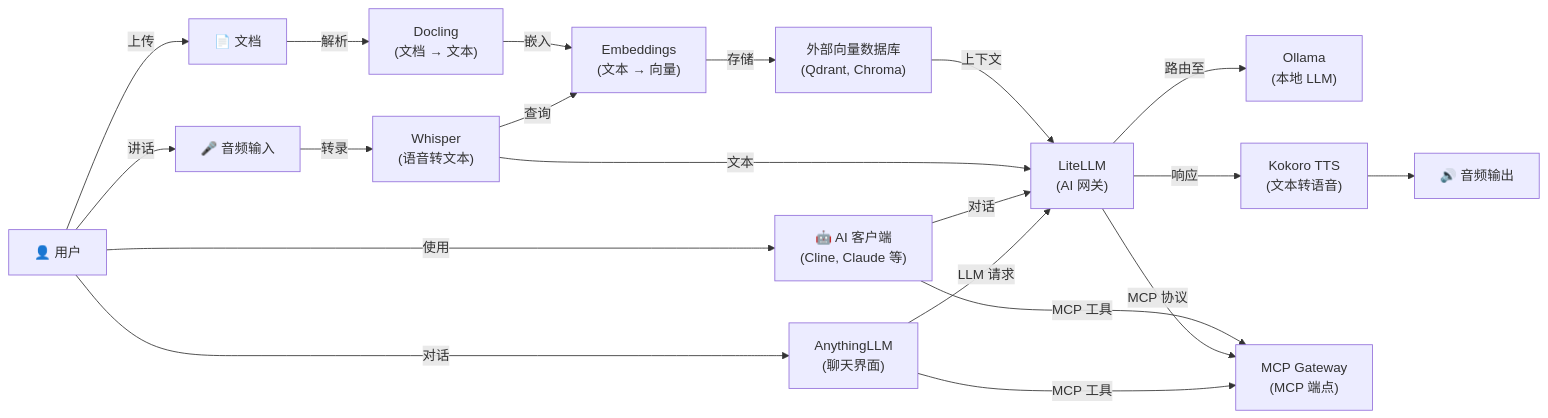
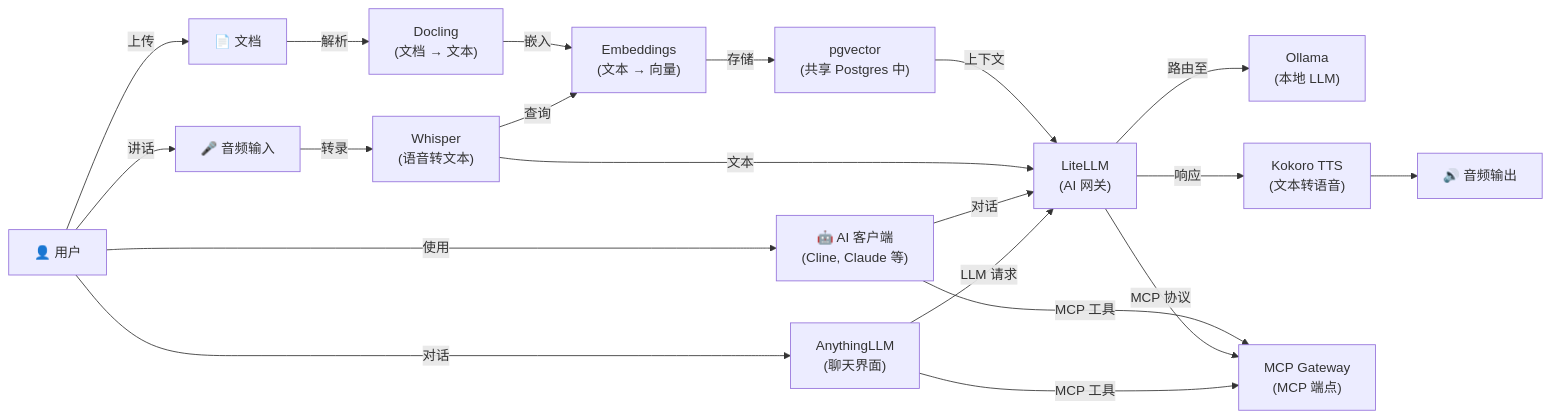
The diagram in README-zh.md (hwdsl2/self-hosted-ai-stack), drawn with Mermaid before and after one commit. The commit also changed other lines of this file and 35 other files, not shown here.

````diff
--- a/README-zh.md
+++ b/README-zh.md
@@ -147,22 +155,22 @@
 ```mermaid
 graph LR
     A["🎤 音频输入"] -->|转录| W["Whisper<br/>(语音转文本)"]
     D["📄 文档"] -->|解析| DC["Docling<br/>(文档 → 文本)"]
     DC -->|嵌入| E["Embeddings<br/>(文本 → 向量)"]
-    E -->|存储| VDB["外部向量数据库<br/>(Qdrant, Chroma)"]
+    E -->|存储| VDB["pgvector<br/>(共享 Postgres 中)"]
     W -->|查询| E
     VDB -->|上下文| L["LiteLLM<br/>(AI 网关)"]
     W -->|文本| L
     L -->|路由至| O["Ollama<br/>(本地 LLM)"]
     L -->|响应| T["Kokoro TTS<br/>(文本转语音)"]
     T --> B["🔊 音频输出"]
     C["🤖 AI 客户端<br/>(Cline, Claude 等)"] -->|MCP 工具| M["MCP Gateway<br/>(MCP 端点)"]
     C -->|对话| L
     L -->|MCP 协议| M
     U["👤 用户"] -->|对话| AN["AnythingLLM<br/>(聊天界面)"]
     AN -->|LLM 请求| L
     AN -->|MCP 工具| M
     U -->|使用| C
     U -->|讲话| A
     U -->|上传| D
 ```
````
